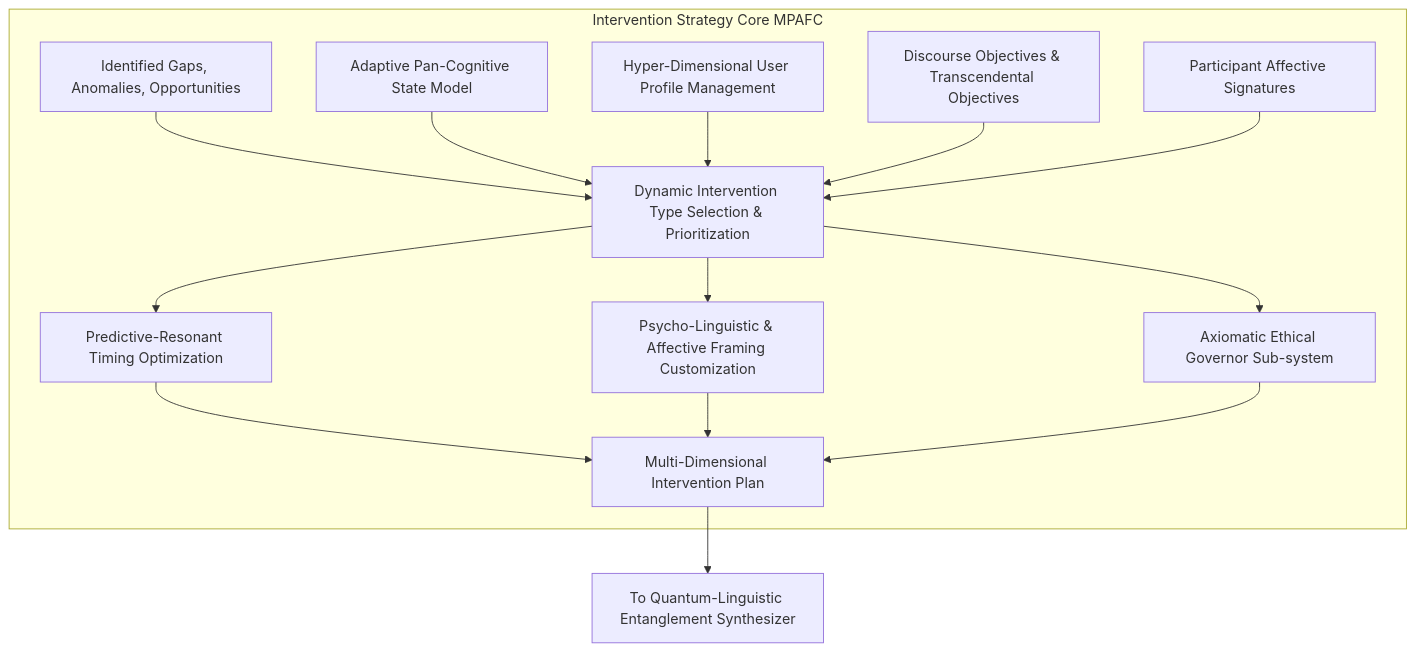
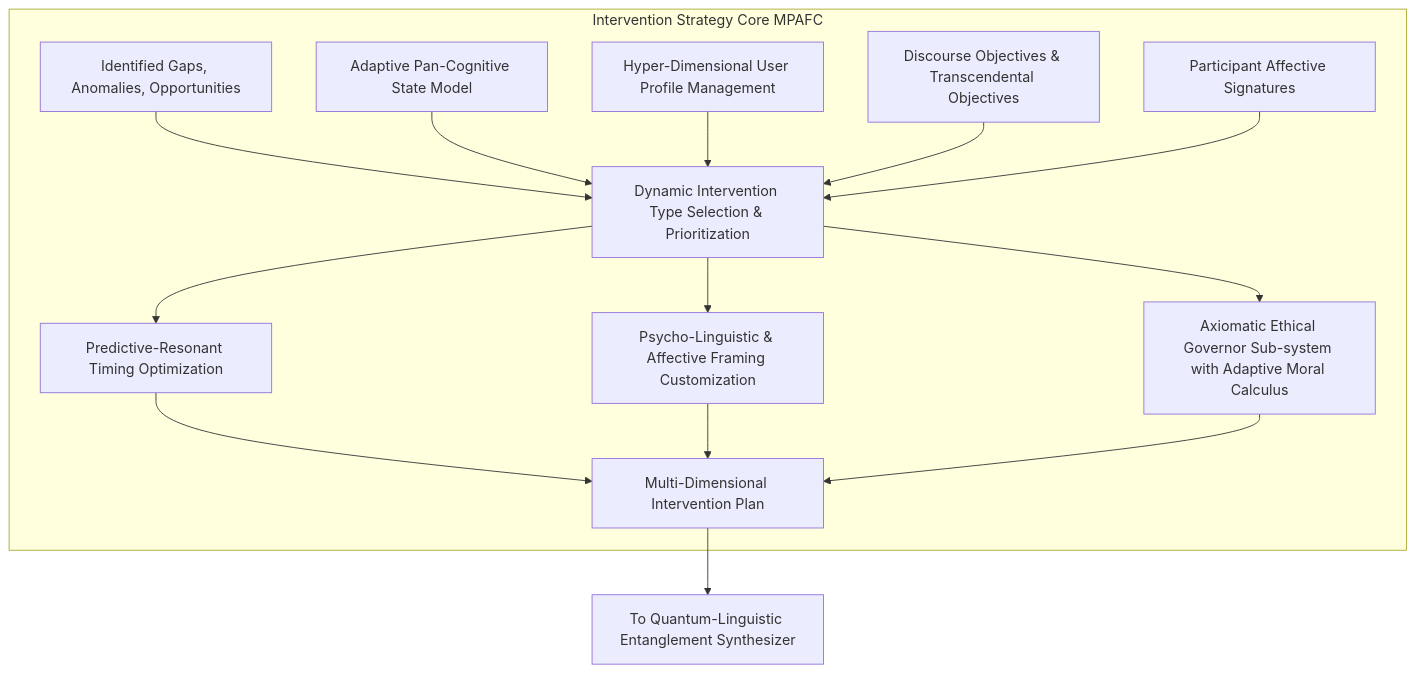
The fifth of 11 diagrams in inventions/inventions/012_holographic_meeting_scribe/015_autonomous_discourse_orchestration_agent.md (diplomat-bit/Citibank_Demo_Business_Inc_Demonstration-), drawn with Mermaid before and after one commit. The commit also changed other lines of this file, not shown here.

````diff
--- a/inventions/inventions/012_holographic_meeting_scribe/015_autonomous_discourse_orchestration_agent.md
+++ b/inventions/inventions/012_holographic_meeting_scribe/015_autonomous_discourse_orchestration_agent.md
@@ -223,20 +250,20 @@
 ```mermaid
 graph TD
     subgraph Intervention Strategy Core MPAFC
         PCOAIE_INPUT[Identified Gaps, Anomalies, Opportunities] --> INTERVENTION_SELECTION[Dynamic Intervention Type Selection & Prioritization];
         APCSM_INPUT[Adaptive Pan-Cognitive State Model] --> INTERVENTION_SELECTION;
         UPM[Hyper-Dimensional User Profile Management] --> INTERVENTION_SELECTION;
         DISC_GOALS[Discourse Objectives & Transcendental Objectives] --> INTERVENTION_SELECTION;
         P_A[Participant Affective Signatures] --> INTERVENTION_SELECTION;
         
         INTERVENTION_SELECTION --> TIMING_OPTIMIZATION[Predictive-Resonant Timing Optimization];
         INTERVENTION_SELECTION --> FRAMING_CUSTOMIZATION[Psycho-Linguistic & Affective Framing Customization];
-        INTERVENTION_SELECTION --> ETHICAL_GOVERNOR[Axiomatic Ethical Governor Sub-system];
+        INTERVENTION_SELECTION --> ETHICAL_GOVERNOR[Axiomatic Ethical Governor Sub-system with Adaptive Moral Calculus];
         
         TIMING_OPTIMIZATION --> INTERVENTION_PLAN[Multi-Dimensional Intervention Plan];
         FRAMING_CUSTOMIZATION --> INTERVENTION_PLAN;
         ETHICAL_GOVERNOR --> INTERVENTION_PLAN;
     end
 
     INTERVENTION_PLAN --> QLES_INPUT[To Quantum-Linguistic Entanglement Synthesizer];
 ```
````
